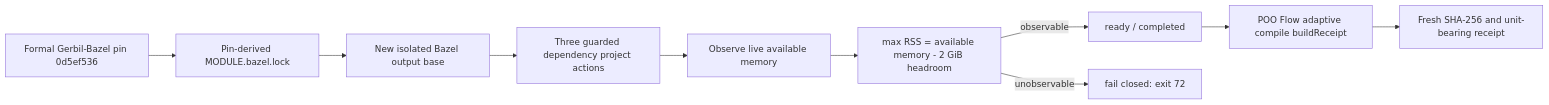
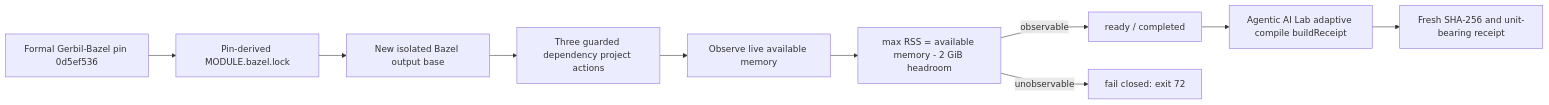
Before and after one commit to tao3k/gebril-yuanxu: the first of 2 diagrams in module-system/design/147-adaptive-scheme-build-guard/14-historical-project-receipt-v1/02-dependency-resource.org, drawn with Mermaid. The commit also changed other lines of this file and 507 other files, not shown here.

```diff
--- a/module-system/design/147-adaptive-scheme-build-guard/14-historical-project-receipt-v1/02-dependency-resource.org
+++ b/module-system/design/147-adaptive-scheme-build-guard/14-historical-project-receipt-v1/02-dependency-resource.org
@@ -42,12 +42,12 @@
 #+begin_src mermaid
 flowchart LR
   Pin["Formal Gerbil-Bazel pin 0d5ef536"] --> Lock["Pin-derived MODULE.bazel.lock"]
   Lock --> Isolated["New isolated Bazel output base"]
   Isolated --> Dependencies["Three guarded dependency project actions"]
   Dependencies --> Live["Observe live available memory"]
   Live --> Budget["max RSS = available memory - 2 GiB headroom"]
   Budget -->|"observable"| Ready["ready / completed"]
   Budget -->|"unobservable"| Exit72["fail closed: exit 72"]
-  Ready --> Compile["POO Flow adaptive compile buildReceipt"]
+  Ready --> Compile["Agentic AI Lab adaptive compile buildReceipt"]
   Compile --> Receipt["Fresh SHA-256 and unit-bearing receipt"]
 #+end_src
```
